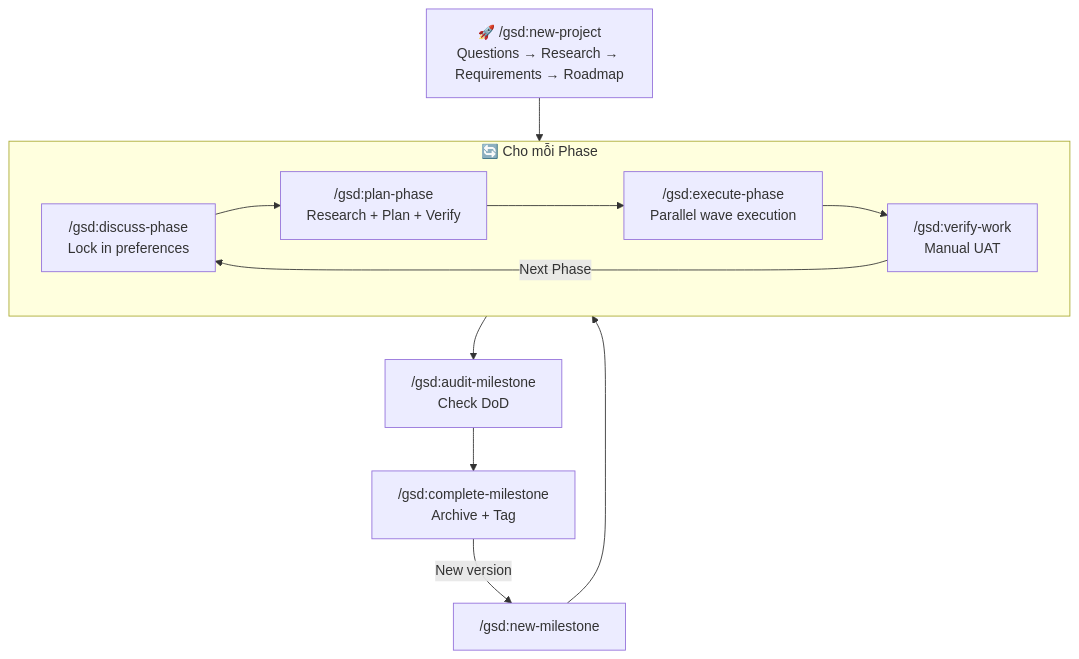
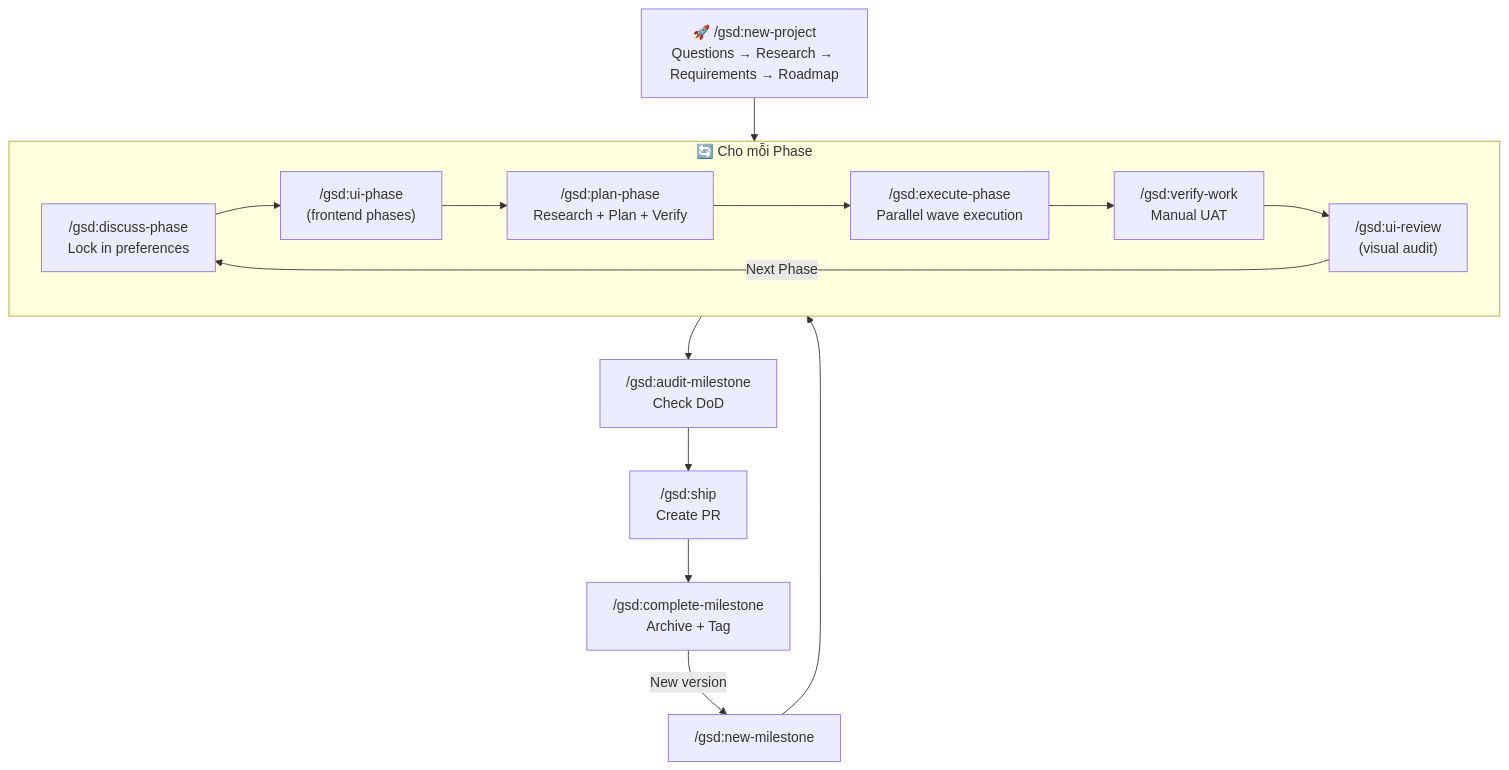
Before and after one commit to thientranhung/agentic-coding-lab: the third of 3 diagrams in vn/get-shit-done/0. Overview.md, drawn with Mermaid. The commit also changed other lines of this file and 14 other files, not shown here.

````diff
--- a/vn/get-shit-done/0. Overview.md
+++ b/vn/get-shit-done/0. Overview.md
@@ -201,16 +201,19 @@
 ```mermaid
 graph TD
     A["🚀 /gsd:new-project<br/>Questions → Research → Requirements → Roadmap"] --> B["📋 Phase Loop"]
     
     subgraph B["🔄 Cho mỗi Phase"]
-        C["/gsd:discuss-phase<br/>Lock in preferences"] --> D["/gsd:plan-phase<br/>Research + Plan + Verify"]
+        C["/gsd:discuss-phase<br/>Lock in preferences"] --> UI_P["/gsd:ui-phase<br/>(frontend phases)"]
+        UI_P --> D["/gsd:plan-phase<br/>Research + Plan + Verify"]
         D --> E["/gsd:execute-phase<br/>Parallel wave execution"]
         E --> F["/gsd:verify-work<br/>Manual UAT"]
-        F -->|"Next Phase"| C
+        F --> UI_R["/gsd:ui-review<br/>(visual audit)"]
+        UI_R -->|"Next Phase"| C
     end
     
     B --> G["/gsd:audit-milestone<br/>Check DoD"]
-    G --> H["/gsd:complete-milestone<br/>Archive + Tag"]
+    G --> SHIP["/gsd:ship<br/>Create PR"]
+    SHIP --> H["/gsd:complete-milestone<br/>Archive + Tag"]
     H -->|"New version"| I["/gsd:new-milestone"]
     I --> B
 ```
````
